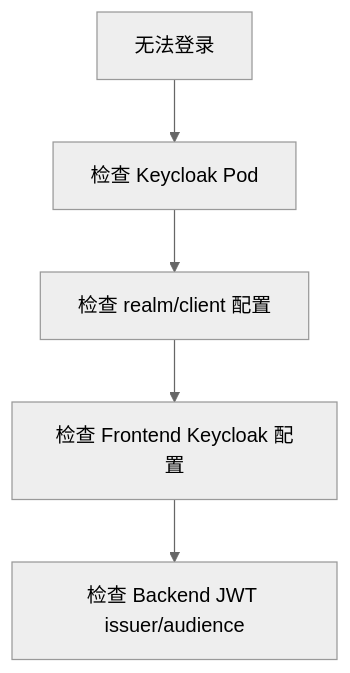
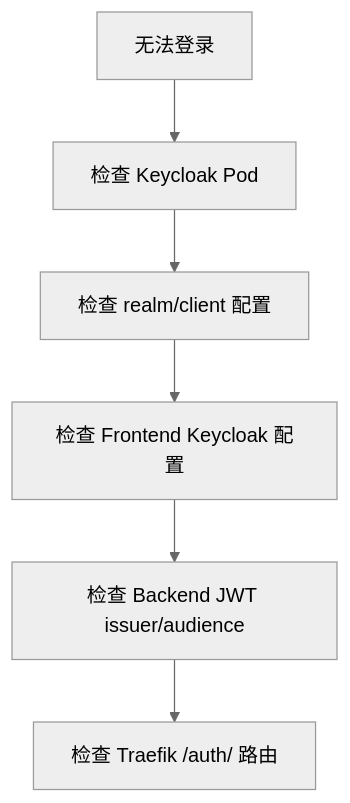
One commit to ZhaoXiangHeng/k8s-agent changed the second of 4 diagrams in docs/operations/observability-and-troubleshooting.md. Above: the diagram before and after it, drawn with Mermaid (neutral theme). The commit also changed other lines of this file and 91 other files, not shown here.

````diff
--- a/docs/operations/observability-and-troubleshooting.md
+++ b/docs/operations/observability-and-troubleshooting.md
@@ -121,7 +114,8 @@
 ```mermaid
 flowchart TD
   A["无法登录"] --> B["检查 Keycloak Pod"]
   B --> C["检查 realm/client 配置"]
   C --> D["检查 Frontend Keycloak 配置"]
   D --> E["检查 Backend JWT issuer/audience"]
+  E --> F["检查 Traefik /auth/ 路由"]
 ```
````
